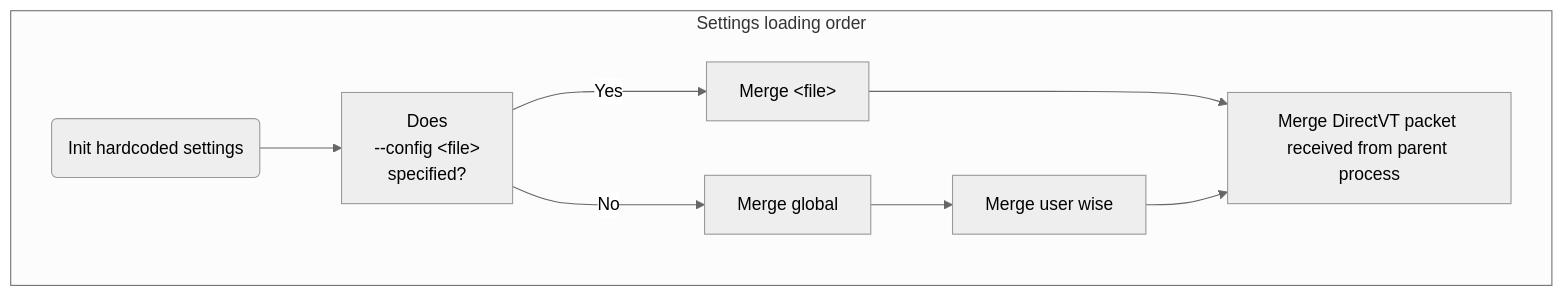
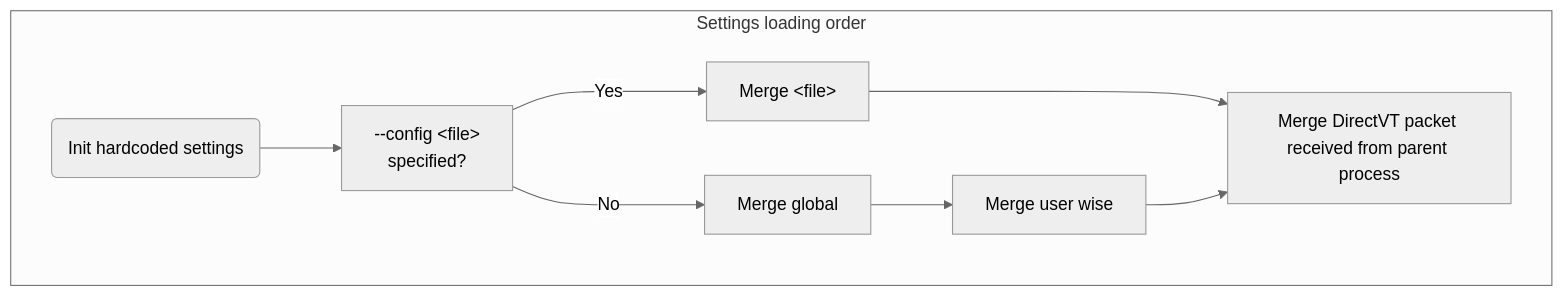
The diagram in doc/settings.md (directvt/vtm), drawn with Mermaid (neutral theme) before and after one commit.

Commit message:
#465: Update settings.md

````diff
--- a/doc/settings.md
+++ b/doc/settings.md
@@ -3,15 +3,14 @@
 ```mermaid
 graph LR
     subgraph Settings loading order
     direction LR
         B(Init hardcoded settings)
-        B --> C["Does
-        --config #lt;file#gt;
+        B --> C["--config #lt;file#gt;
         specified?"]
         C -->|Yes| D["Merge #lt;file#gt;"]
         C --->|No| F[Merge global]
         F --> G[Merge user wise]
         D ---> H[Merge DirectVT packet received from parent process]
         G --> H
     end
 ```
````
